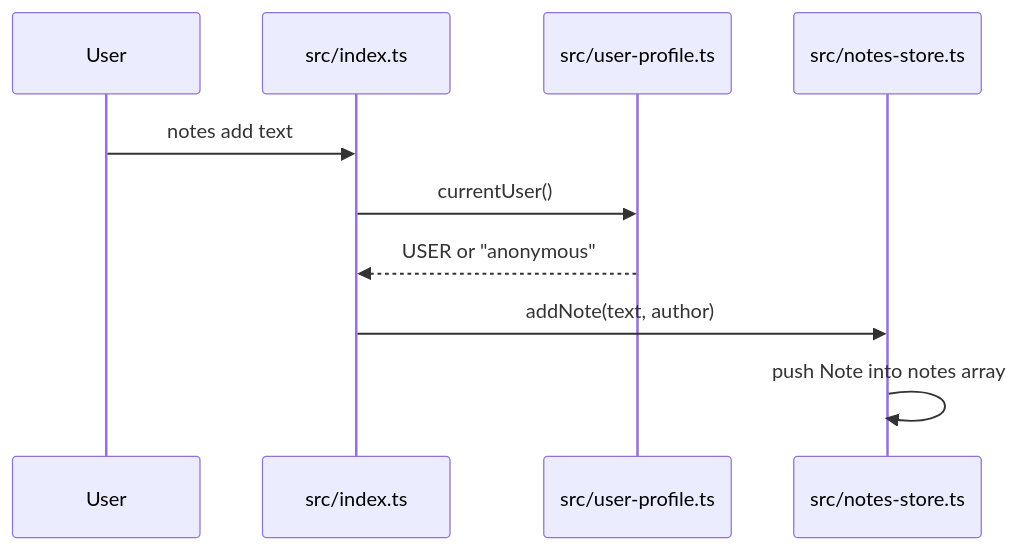
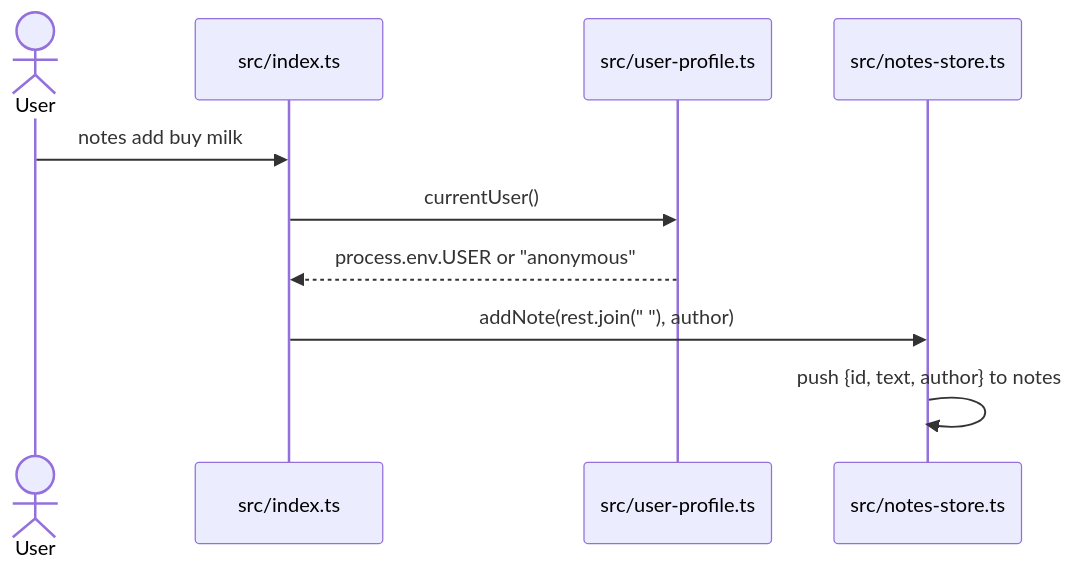
One commit to hxxnn/codemap changed the first of 3 diagrams in examples/ts-notes-cli/docs/codemap/sequence-flow.md. Above: the diagram before and after it, drawn with Mermaid. The commit also changed other lines of this file and 35 other files, not shown here.

````diff
--- a/examples/ts-notes-cli/docs/codemap/sequence-flow.md
+++ b/examples/ts-notes-cli/docs/codemap/sequence-flow.md
@@ -20,12 +18,12 @@
 ```mermaid
 sequenceDiagram
-  participant U as User
+  actor U as User
   participant I as src/index.ts
   participant P as src/user-profile.ts
   participant S as src/notes-store.ts
-  U->>I: notes add text
+  U->>I: notes add buy milk
   I->>P: currentUser()
-  P-->>I: USER or "anonymous"
-  I->>S: addNote(text, author)
-  S->>S: push Note into notes array
+  P-->>I: process.env.USER or "anonymous"
+  I->>S: addNote(rest.join(" "), author)
+  S->>S: push {id, text, author} to notes
 ```
````
